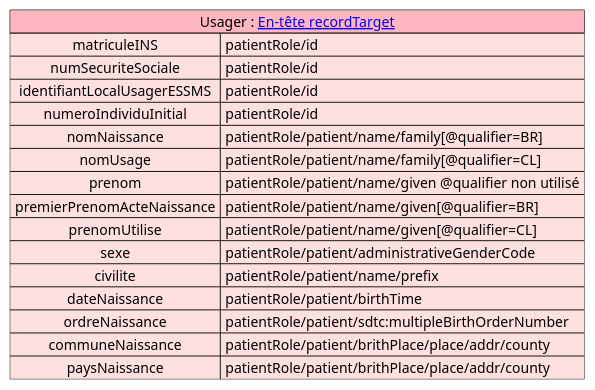
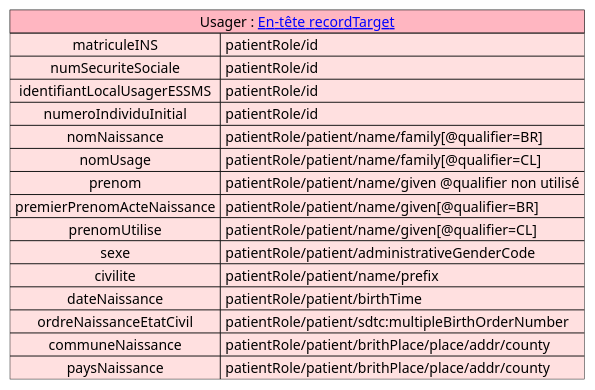
Before and after one commit to ansforge/IG-contenu-cda-medicosocial-transfert-donnees-dui: the diagram in input/images-source/mapping_usager.plantuml, drawn with PlantUML. The commit also changed 4 other files, not shown here.

Commit message:
MaJ_OrdreNaissanceEtatCivil

```diff
--- a/input/images-source/mapping_usager.plantuml
+++ b/input/images-source/mapping_usager.plantuml
@@ -1,22 +1,22 @@
 @startuml
 
 
 map "Usager : [[contenu_dossier_entete_cda.html#recordtarget En-tête recordTarget]]" as Usager #back:IMPLEMENTATION;header:LightPink {
     matriculeINS => patientRole/id
     numSecuriteSociale => patientRole/id
     identifiantLocalUsagerESSMS => patientRole/id
     numeroIndividuInitial => patientRole/id
     nomNaissance => patientRole/patient/name/family[@qualifier=BR]
     nomUsage => patientRole/patient/name/family[@qualifier=CL]
     prenom => patientRole/patient/name/given @qualifier non utilisé
     premierPrenomActeNaissance  => patientRole/patient/name/given[@qualifier=BR]
     prenomUtilise => patientRole/patient/name/given[@qualifier=CL]
     sexe => patientRole/patient/administrativeGenderCode
     civilite => patientRole/patient/name/prefix
     dateNaissance => patientRole/patient/birthTime
-    ordreNaissance => patientRole/patient/sdtc:multipleBirthOrderNumber
+    ordreNaissanceEtatCivil => patientRole/patient/sdtc:multipleBirthOrderNumber
     communeNaissance => patientRole/patient/brithPlace/place/addr/county
     paysNaissance => patientRole/patient/brithPlace/place/addr/county
 }
 
 @enduml
```
